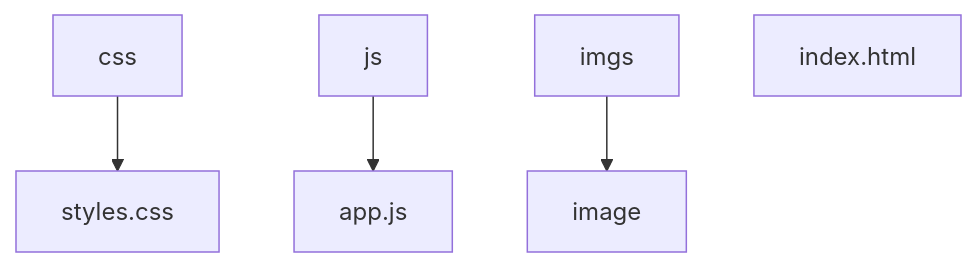
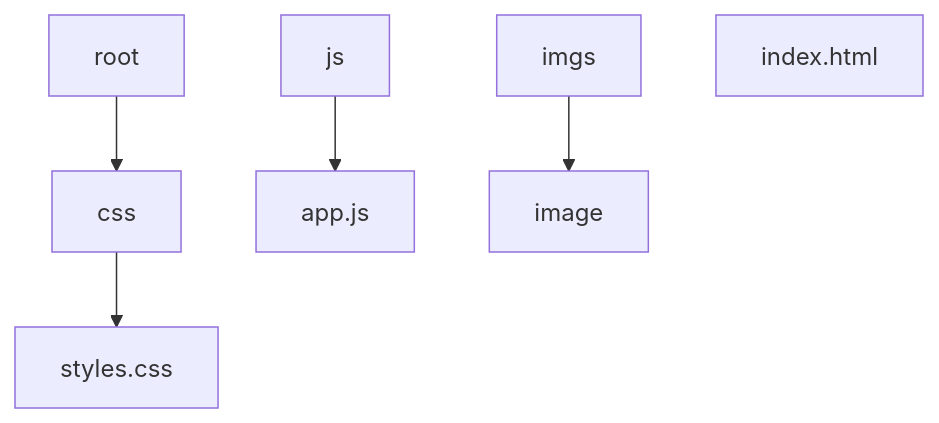
Before and after one commit to Ftohtarek/Udacity-Project: the first of 4 diagrams in Quiz/README.MD, drawn with Mermaid.

Commit message:
Basic writing and formatting syntax

````diff
--- a/Quiz/README.MD
+++ b/Quiz/README.MD
@@ -2,8 +2,9 @@
 ```mermaid
 graph TD;
-css-->styles.css;
-js-->app.js;
-imgs-->image;
-index.html;
+root-->
+    css-->styles.css;
+    js-->app.js;
+    imgs-->image;
+    index.html;
 
 ```
````
